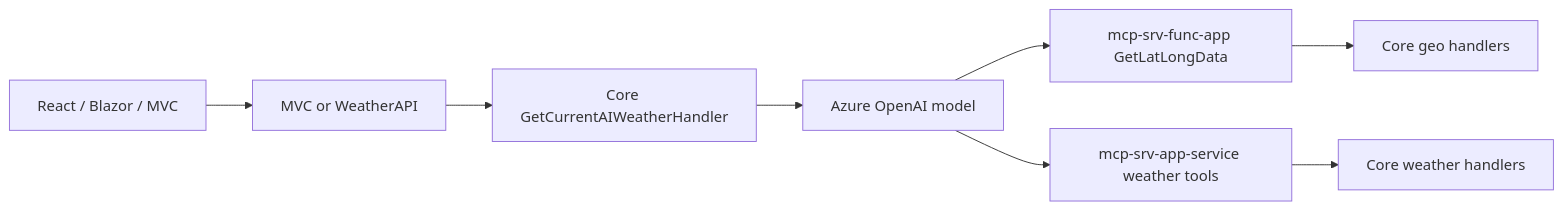
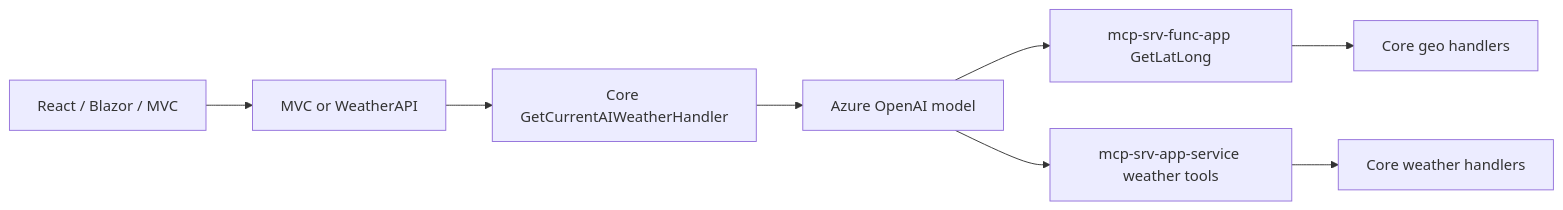
Before and after one commit to dustinkorzaan/weather-1116: the second of 2 diagrams in docs/architecture.md, drawn with Mermaid. The commit also changed other lines of this file and 30 other files, not shown here.

First line of the commit message:
Drop Data from GetLatLong and GetLocation tool names.

````diff
--- a/docs/architecture.md
+++ b/docs/architecture.md
@@ -94,19 +94,19 @@
 ```mermaid
 flowchart LR
   UI[React / Blazor / MVC]
   API[MVC or WeatherAPI]
   Core[Core GetCurrentAIWeatherHandler]
   Model[Azure OpenAI model]
-  McpSrvFuncApp[mcp-srv-func-app GetLatLongData]
+  McpSrvFuncApp[mcp-srv-func-app GetLatLong]
   McpSrvAppService[mcp-srv-app-service weather tools]
   CoreGeo[Core geo handlers]
   CoreWx[Core weather handlers]
 
   UI --> API
   API --> Core
   Core --> Model
   Model --> McpSrvFuncApp
   Model --> McpSrvAppService
   McpSrvFuncApp --> CoreGeo
   McpSrvAppService --> CoreWx
 ```
````
